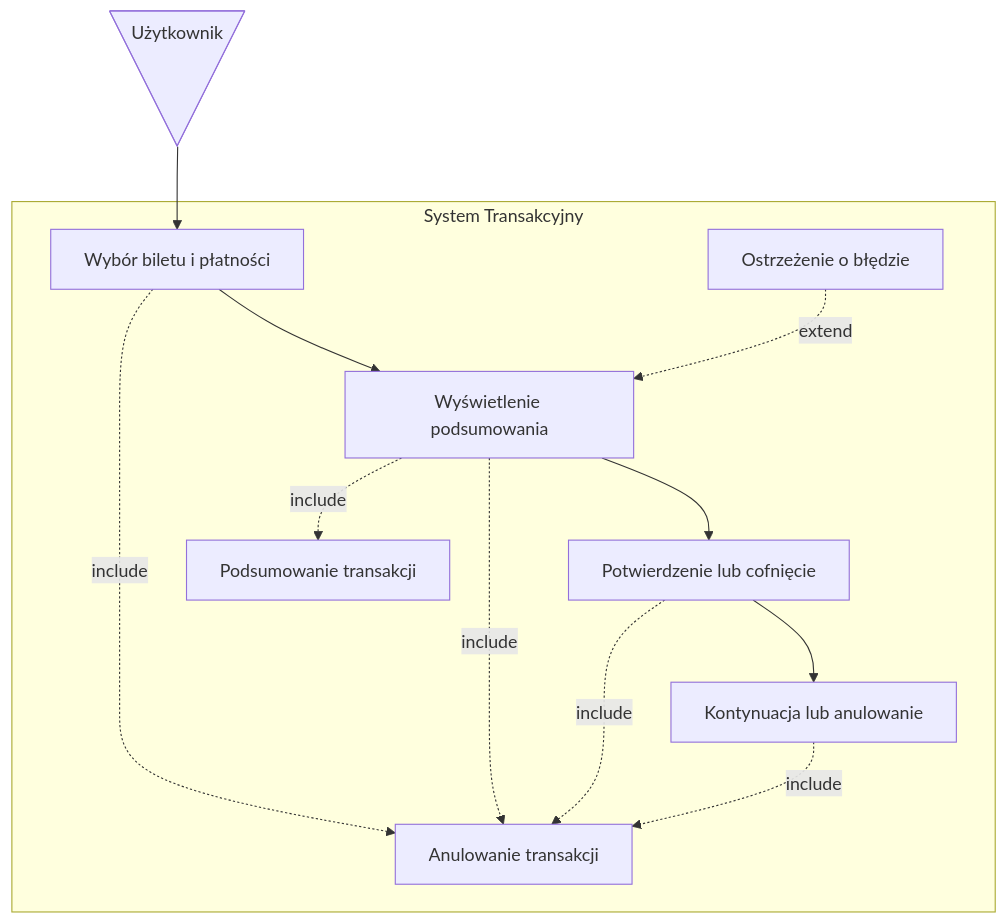
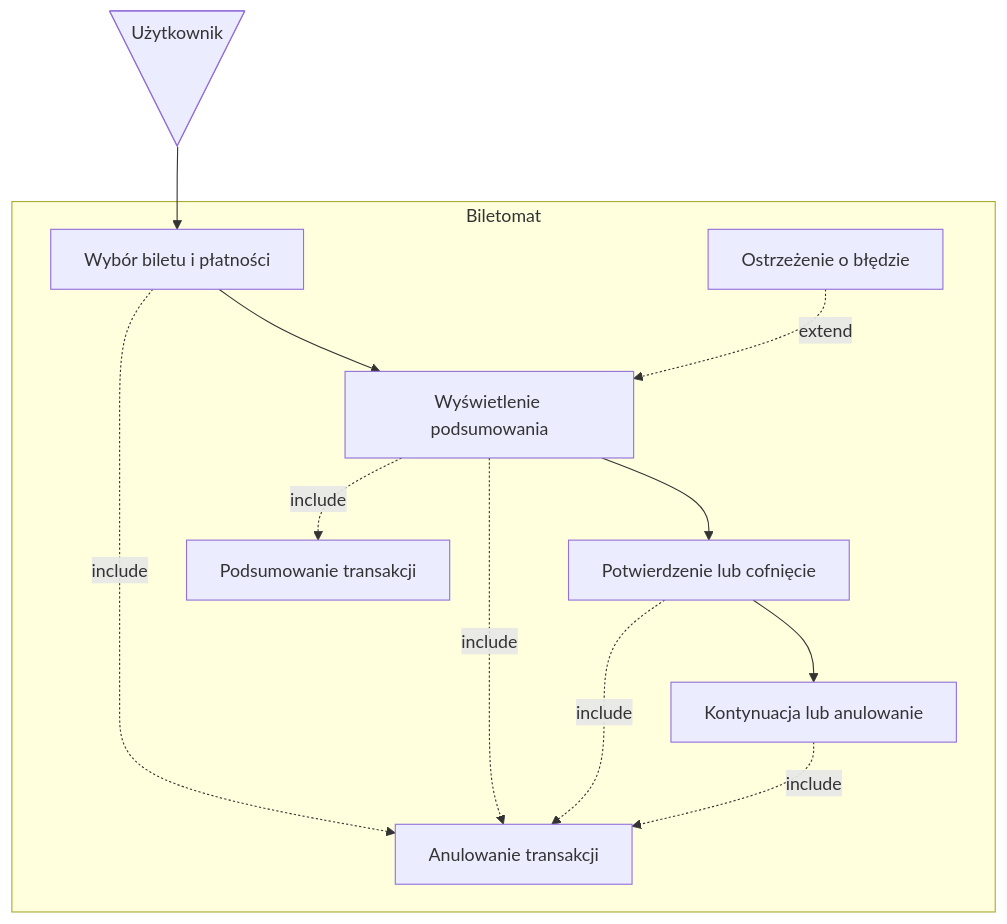
Before and after one commit to MarcinMarszewski/dowolna_nazwa: the third of 6 diagrams in userstories/user.md, drawn with Mermaid. The commit also changed other lines of this file, not shown here.

````diff
--- a/userstories/user.md
+++ b/userstories/user.md
@@ -94,34 +94,34 @@
 ```mermaid
 graph TD
   US@{ shape: manual-file, label: "Użytkownik" }
   uc1[Wybór biletu i płatności]
   uc2[Wyświetlenie podsumowania]
   uc3[Potwierdzenie lub cofnięcie]
   uc4[Kontynuacja lub anulowanie]
   uc5[Anulowanie transakcji]
   uc6[Ostrzeżenie o błędzie]
   uc7[Podsumowanie transakcji]
 
   US  --> uc1
   uc1 --> uc2
   uc2 --> uc3
   uc3 --> uc4
 
   uc1 -. include .-> uc5
   uc2 -. include .-> uc5
   uc3 -. include .-> uc5
   uc4 -. include .-> uc5
   uc6 -. extend .-> uc2
   uc2 -. include .-> uc7
 
-subgraph System Transakcyjny
+subgraph Biletomat
   uc1
   uc2
   uc3
   uc4
   uc5
   uc6
   uc7
 end
 
 ```
````
